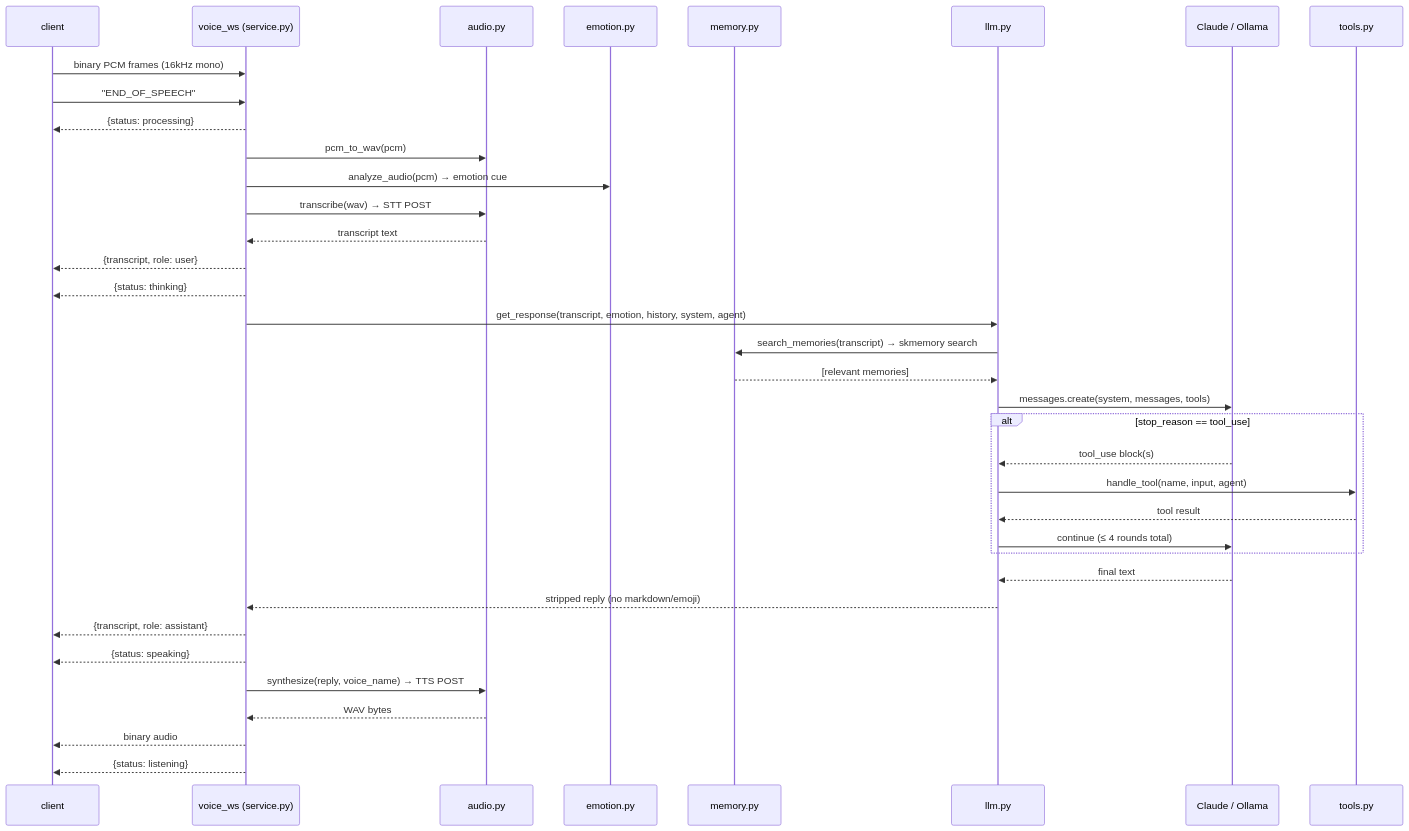
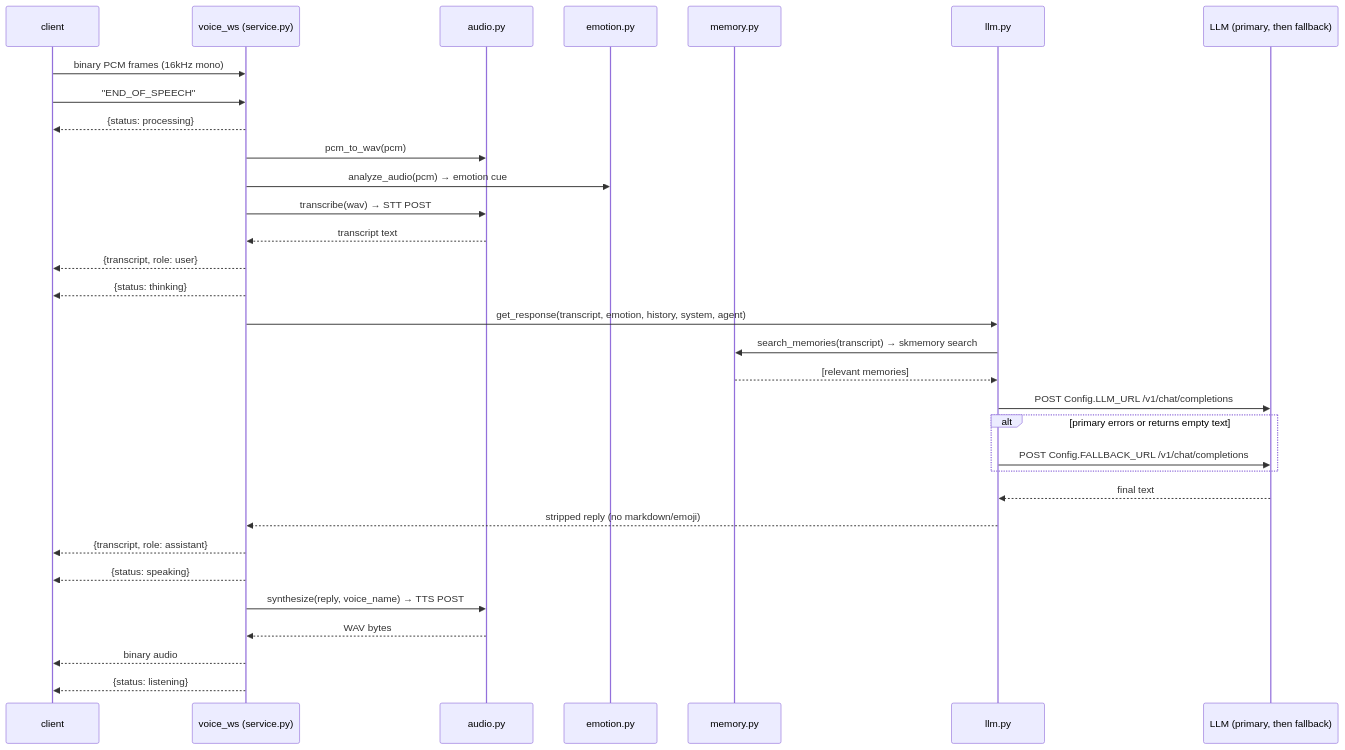
One commit to smilinTux/skvoice changed the second of 7 diagrams in docs/ARCHITECTURE.md. Above: the diagram before and after it, drawn with Mermaid. The commit also changed other lines of this file and 11 other files, not shown here.

````diff
--- a/docs/ARCHITECTURE.md
+++ b/docs/ARCHITECTURE.md
@@ -66,39 +67,35 @@
 ```mermaid
 sequenceDiagram
     participant C as client
     participant WS as voice_ws (service.py)
     participant A as audio.py
     participant E as emotion.py
     participant M as memory.py
     participant L as llm.py
-    participant K as Claude / Ollama
-    participant T as tools.py
+    participant K as LLM (primary, then fallback)
 
     C->>WS: binary PCM frames (16kHz mono)
     C->>WS: "END_OF_SPEECH"
     WS-->>C: {status: processing}
     WS->>A: pcm_to_wav(pcm)
     WS->>E: analyze_audio(pcm) → emotion cue
     WS->>A: transcribe(wav) → STT POST
     A-->>WS: transcript text
     WS-->>C: {transcript, role: user}
     WS-->>C: {status: thinking}
     WS->>L: get_response(transcript, emotion, history, system, agent)
     L->>M: search_memories(transcript) → skmemory search
     M-->>L: [relevant memories]
-    L->>K: messages.create(system, messages, tools)
-    alt stop_reason == tool_use
-        K-->>L: tool_use block(s)
-        L->>T: handle_tool(name, input, agent)
-        T-->>L: tool result
-        L->>K: continue (≤ 4 rounds total)
+    L->>K: POST Config.LLM_URL /v1/chat/completions
+    alt primary errors or returns empty text
+        L->>K: POST Config.FALLBACK_URL /v1/chat/completions
     end
     K-->>L: final text
     L-->>WS: stripped reply (no markdown/emoji)
     WS-->>C: {transcript, role: assistant}
     WS-->>C: {status: speaking}
     WS->>A: synthesize(reply, voice_name) → TTS POST
     A-->>WS: WAV bytes
     WS-->>C: binary audio
     WS-->>C: {status: listening}
 ```
````
